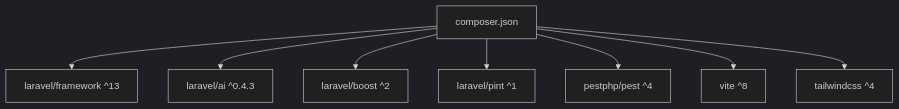
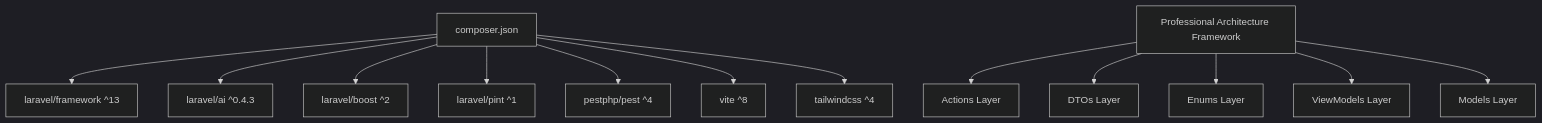
Before and after one commit to siimliimand/laravel-assistant: diagram 12 of 12 in .qoder/repowiki/en/content/Architecture Overview/Architecture Overview.md, drawn with Mermaid (dark theme). The commit also changed other lines of this file and 12 other files, not shown here.

First line of the commit message:
docs(ai): add architectural and actions layer specifications

````diff
--- a/.qoder/repowiki/en/content/Architecture Overview/Architecture Overview.md
+++ b/.qoder/repowiki/en/content/Architecture Overview/Architecture Overview.md
@@ -297,18 +676,29 @@
 ```mermaid
 graph TB
 Composer["composer.json"]
 Laravel["laravel/framework ^13"]
 Lai["laravel/ai ^0.4.3"]
 Boost["laravel/boost ^2"]
 Pint["laravel/pint ^1"]
 Pest["pestphp/pest ^4"]
 Vite["vite ^8"]
 Tailwind["tailwindcss ^4"]
+Professional["Professional Architecture Framework"]
+Actions["Actions Layer"]
+DTOs["DTOs Layer"]
+Enums["Enums Layer"]
+ViewModels["ViewModels Layer"]
+Models["Models Layer"]
 Composer --> Laravel
 Composer --> Lai
 Composer --> Boost
 Composer --> Pint
 Composer --> Pest
 Composer --> Vite
 Composer --> Tailwind
+Professional --> Actions
+Professional --> DTOs
+Professional --> Enums
+Professional --> ViewModels
+Professional --> Models
 ```
````
